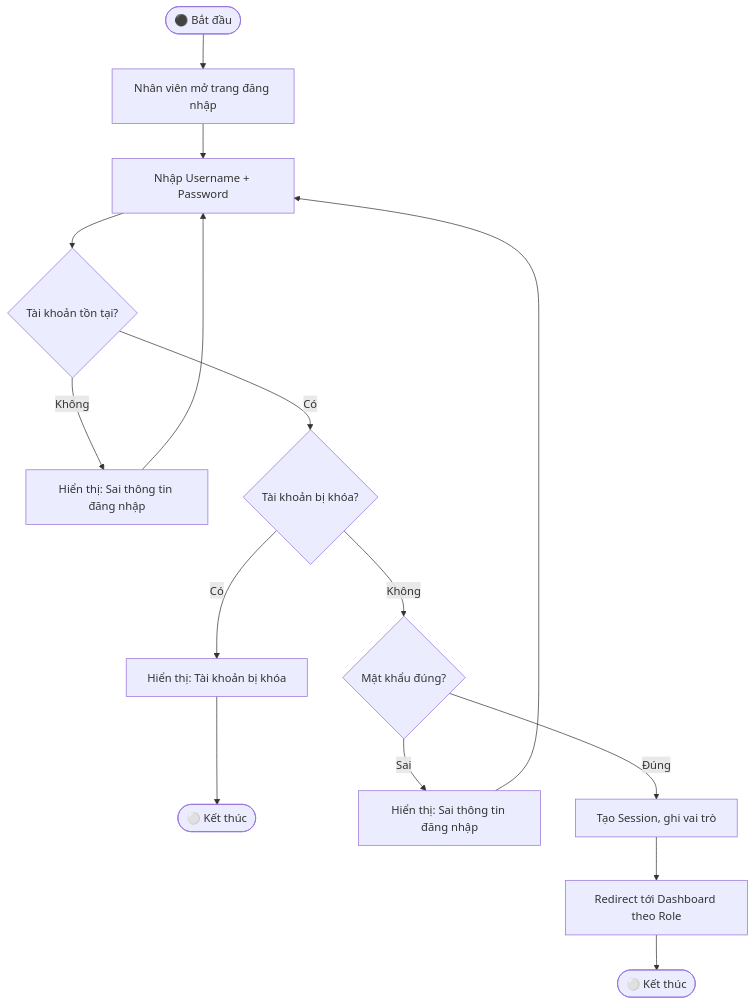
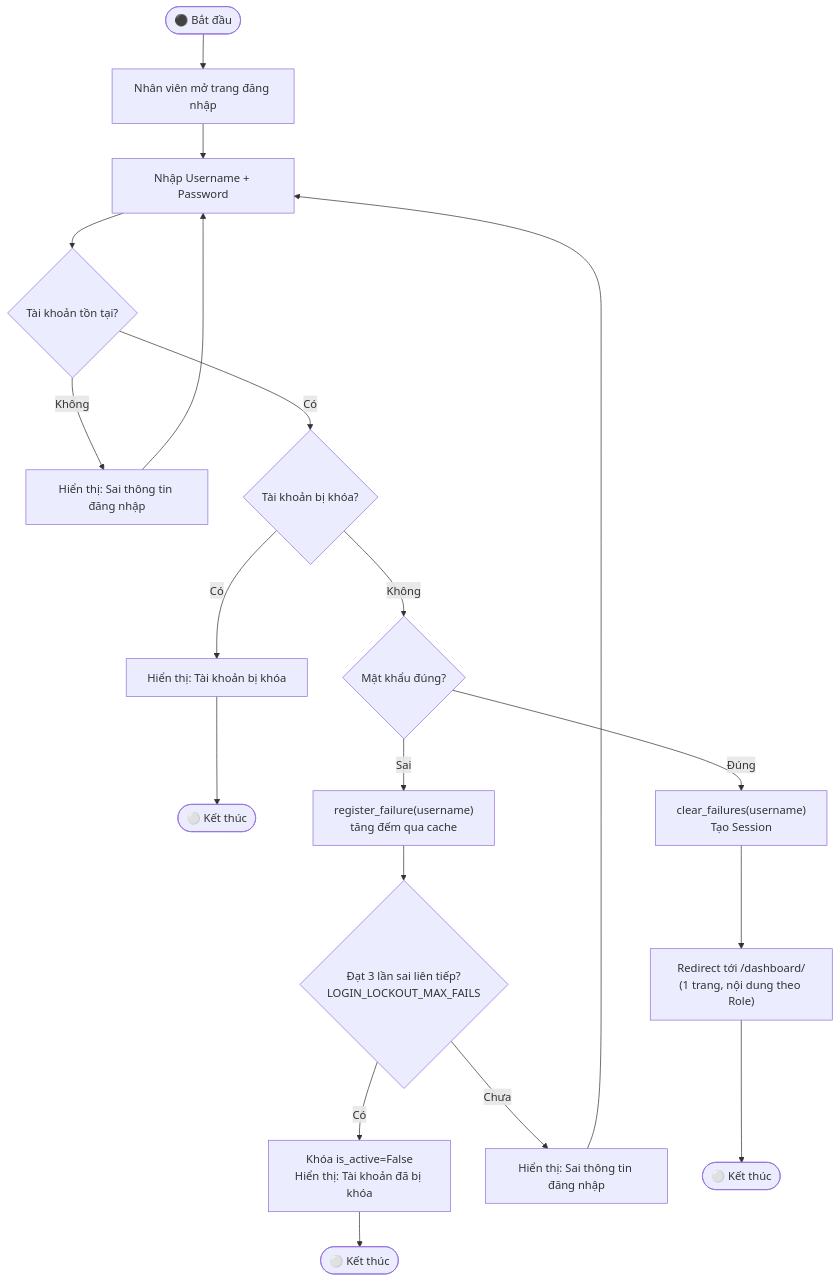
Before and after one commit to hohoangluan/Business_web_project: the first of 14 diagrams in activity_diagrams.md, drawn with Mermaid. The commit also changed other lines of this file and 67 other files, not shown here.

````diff
--- a/activity_diagrams.md
+++ b/activity_diagrams.md
@@ -22,18 +22,22 @@
 ```mermaid
 flowchart TD
     Start(["⚫ Bắt đầu"])
     Start --> A1["Nhân viên mở trang đăng nhập"]
     A1 --> A2["Nhập Username + Password"]
     A2 --> D1{"Tài khoản tồn tại?"}
     D1 -- Không --> E1["Hiển thị: Sai thông tin đăng nhập"]
     E1 --> A2
     D1 -- Có --> D2{"Tài khoản bị khóa?"}
     D2 -- Có --> E2["Hiển thị: Tài khoản bị khóa"]
     E2 --> End1(["⚪ Kết thúc"])
     D2 -- Không --> D3{"Mật khẩu đúng?"}
-    D3 -- Sai --> E3["Hiển thị: Sai thông tin đăng nhập"]
+    D3 -- Sai --> A5["register_failure(username)<br/>tăng đếm qua cache"]
+    A5 --> D4{"Đạt 3 lần sai liên tiếp?<br/>LOGIN_LOCKOUT_MAX_FAILS"}
+    D4 -- Có --> E4["Khóa is_active=False<br/>Hiển thị: Tài khoản đã bị khóa"]
+    E4 --> End3(["⚪ Kết thúc"])
+    D4 -- Chưa --> E3["Hiển thị: Sai thông tin đăng nhập"]
     E3 --> A2
-    D3 -- Đúng --> A3["Tạo Session, ghi vai trò"]
-    A3 --> A4["Redirect tới Dashboard theo Role"]
+    D3 -- Đúng --> A3["clear_failures(username)<br/>Tạo Session"]
+    A3 --> A4["Redirect tới /dashboard/<br/>(1 trang, nội dung theo Role)"]
     A4 --> End2(["⚪ Kết thúc"])
 ```
````
